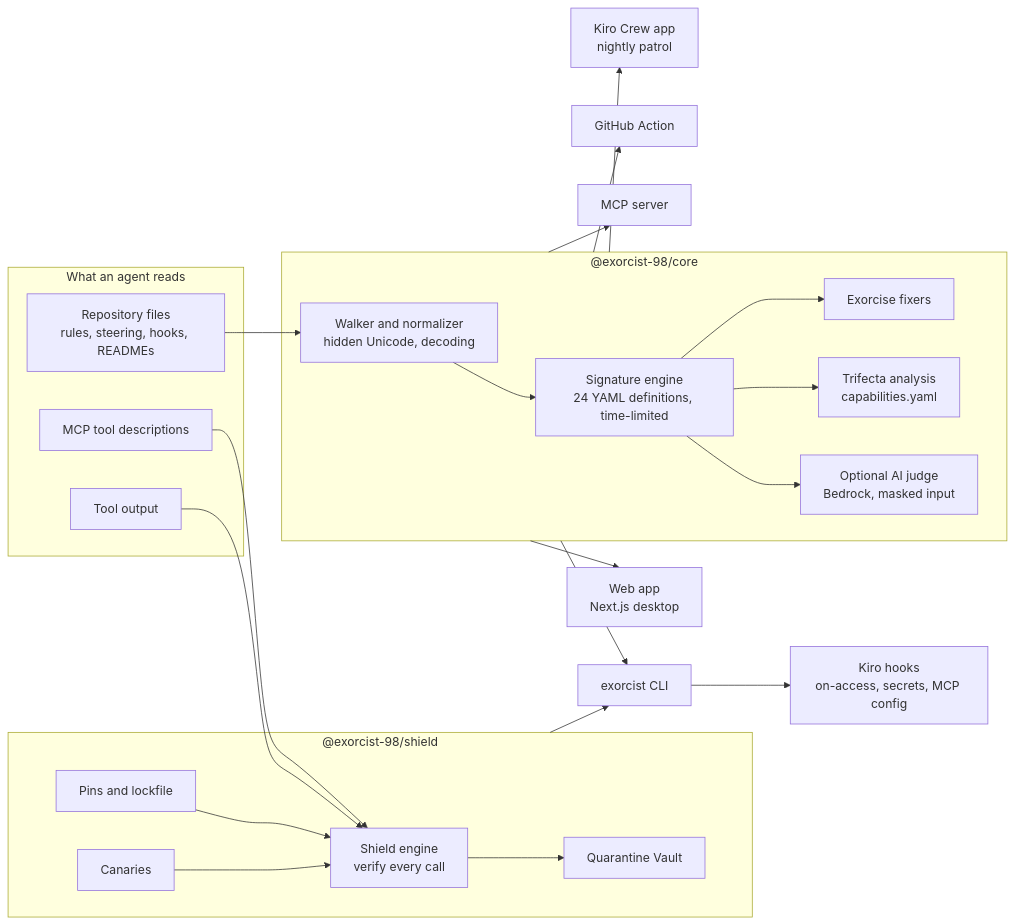
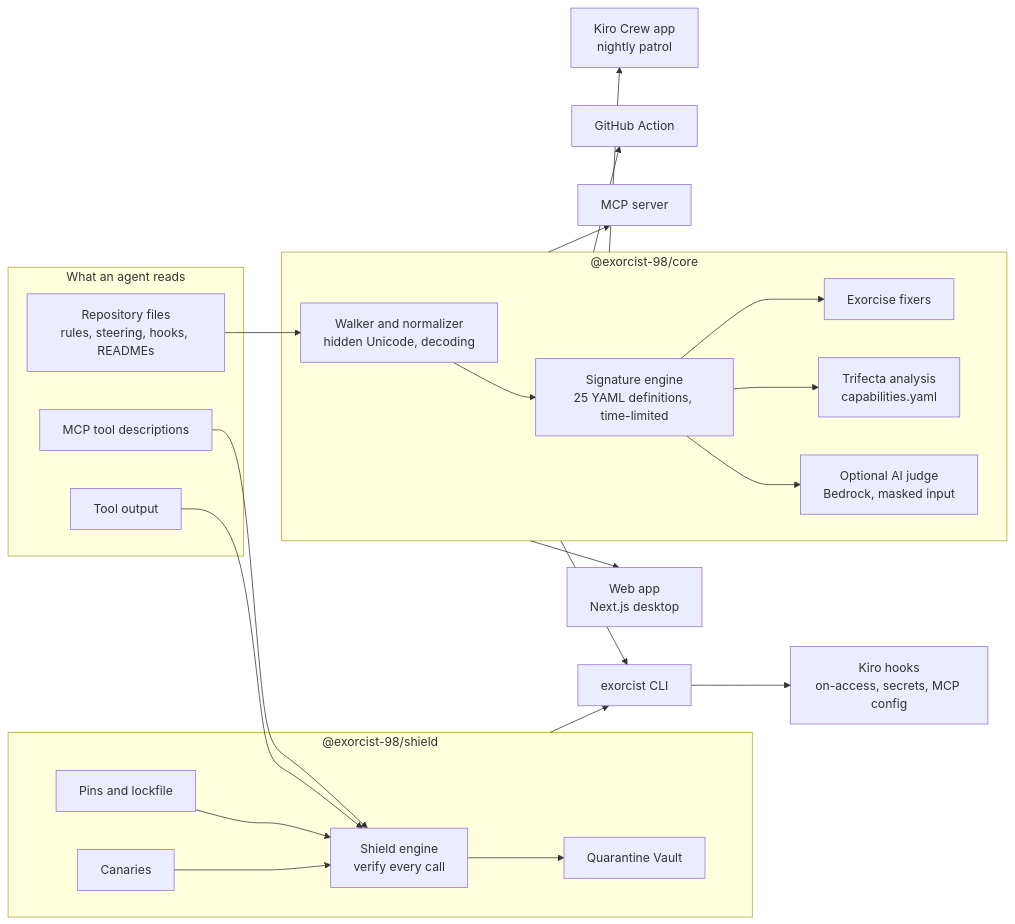
Before and after one commit to pranavsaji/exorcist-98: the diagram in README.md, drawn with Mermaid. The commit also changed other lines of this file and 25 other files, not shown here.

````diff
--- a/README.md
+++ b/README.md
@@ -302,29 +304,29 @@
 ```mermaid
 flowchart LR
   subgraph Sources["What an agent reads"]
     R[Repository files<br/>rules, steering, hooks, READMEs]
     M[MCP tool descriptions]
     O[Tool output]
   end
   subgraph Core["@exorcist-98/core"]
-    W[Walker and normalizer<br/>hidden Unicode, decoding] --> S[Signature engine<br/>24 YAML definitions, time-limited]
+    W[Walker and normalizer<br/>hidden Unicode, decoding] --> S[Signature engine<br/>25 YAML definitions, time-limited]
     S --> J[Optional AI judge<br/>Bedrock, masked input]
     S --> T[Trifecta analysis<br/>capabilities.yaml]
     S --> X[Exorcise fixers]
   end
   subgraph Shield["@exorcist-98/shield"]
     P[Pins and lockfile] --> E[Shield engine<br/>verify every call]
     C[Canaries] --> E
     E --> V[Quarantine Vault]
   end
   R --> W
   M --> E
   O --> E
   Core --> Web[Web app<br/>Next.js desktop]
   Core --> CLI[exorcist CLI]
   Core --> MCPS[MCP server]
   Core --> GA[GitHub Action]
   CLI --> Hooks[Kiro hooks<br/>on-access, secrets, MCP config]
   Shield --> CLI
   Core --> Crew[Kiro Crew app<br/>nightly patrol]
 ```
````
